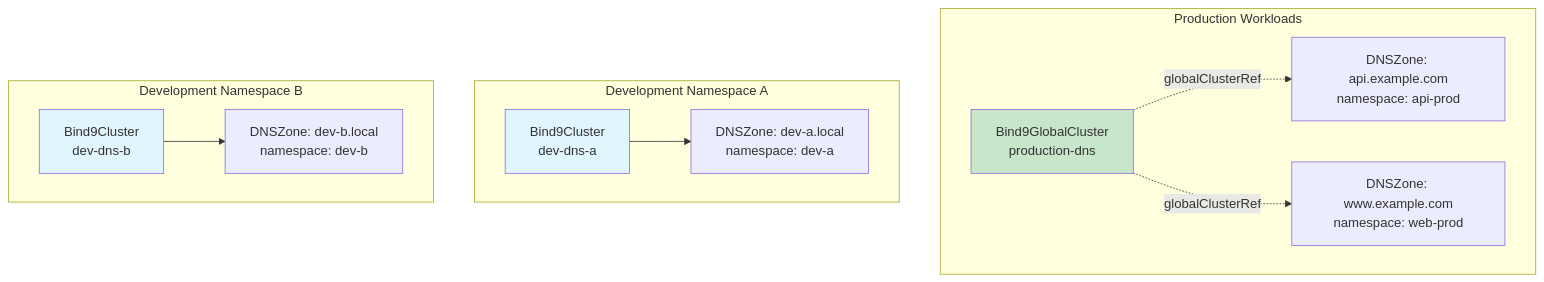
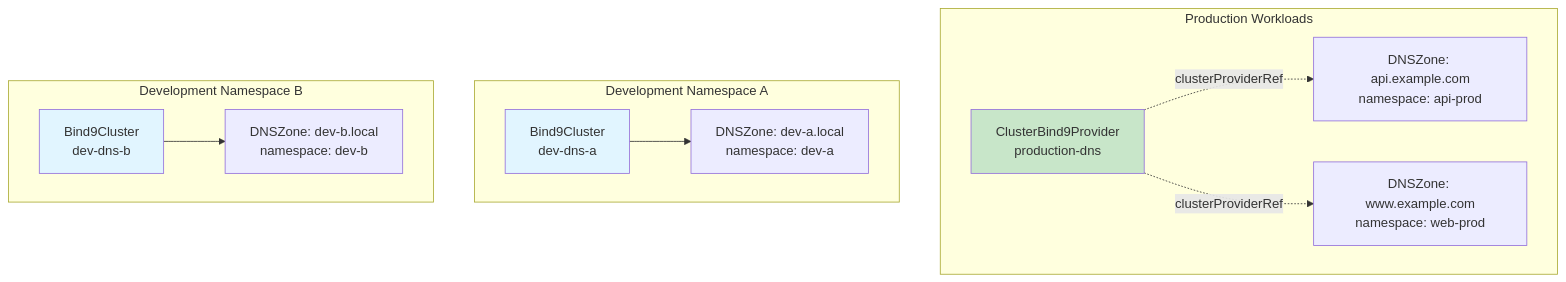
Before and after one commit to firestoned/bindy: the second of 2 diagrams in docs/src/guide/choosing-cluster-type.md, drawn with Mermaid. The commit also changed other lines of this file and 42 other files, not shown here.

Commit message:
Major: rename CRD Bind9GlobalCluster to ClusterBind9Provider

````diff
--- a/docs/src/guide/choosing-cluster-type.md
+++ b/docs/src/guide/choosing-cluster-type.md
@@ -367,27 +367,27 @@
 ```mermaid
 graph TB
     subgraph "Production Workloads"
-        GlobalCluster[Bind9GlobalCluster<br/>production-dns]
+        GlobalCluster[ClusterBind9Provider<br/>production-dns]
         ProdZone1[DNSZone: api.example.com<br/>namespace: api-prod]
         ProdZone2[DNSZone: www.example.com<br/>namespace: web-prod]
     end
 
     subgraph "Development Namespace A"
         ClusterA[Bind9Cluster<br/>dev-dns-a]
         DevZoneA[DNSZone: dev-a.local<br/>namespace: dev-a]
     end
 
     subgraph "Development Namespace B"
         ClusterB[Bind9Cluster<br/>dev-dns-b]
         DevZoneB[DNSZone: dev-b.local<br/>namespace: dev-b]
     end
 
-    GlobalCluster -.globalClusterRef.-> ProdZone1
-    GlobalCluster -.globalClusterRef.-> ProdZone2
+    GlobalCluster -.clusterProviderRef.-> ProdZone1
+    GlobalCluster -.clusterProviderRef.-> ProdZone2
     ClusterA --> DevZoneA
     ClusterB --> DevZoneB
 
     style GlobalCluster fill:#c8e6c9
     style ClusterA fill:#e1f5ff
     style ClusterB fill:#e1f5ff
 ```
````
